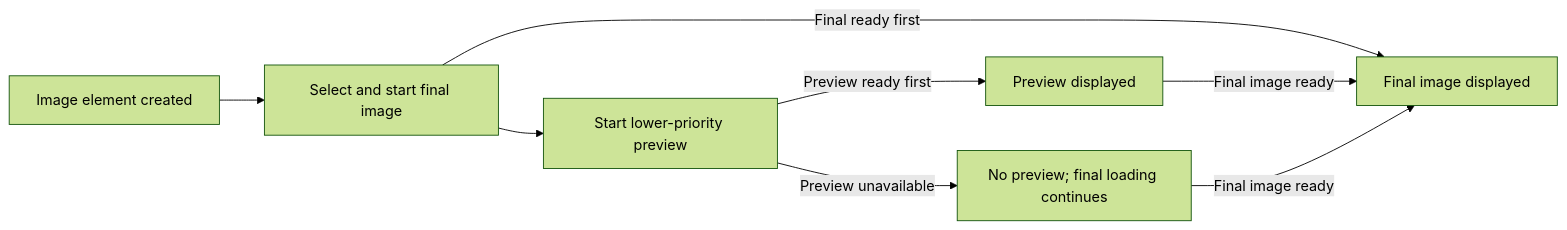
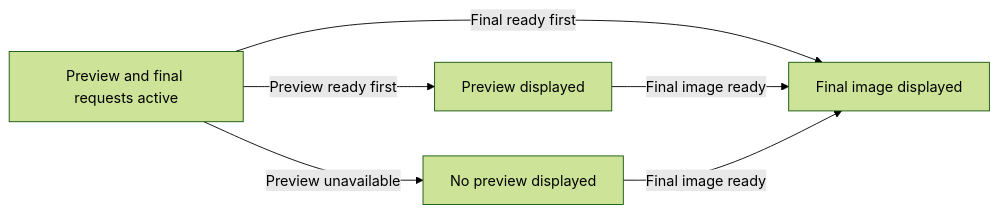
One commit to MicrosoftEdge/MSEdgeExplainers changed the diagram in ImagePreview/explainer.md. Above: the diagram before and after it, drawn with Mermaid (forest theme). The commit also changed other lines of this file, not shown here.

````diff
--- a/ImagePreview/explainer.md
+++ b/ImagePreview/explainer.md
@@ -168,10 +204,8 @@
 ```mermaid
 flowchart LR
-  A[Image element created] --> C[Select and start final image]
-  C --> B[Start lower-priority preview]
-  B -->|Preview ready first| D[Preview displayed]
-  C -->|Final ready first| F[Final image displayed]
+  A[Preview and final requests active] -->|Preview ready first| D[Preview displayed]
+  A -->|Final ready first| F[Final image displayed]
   D -->|Final image ready| F
-  B -->|Preview unavailable| G[No preview; final loading continues]
+  A -->|Preview unavailable| G[No preview displayed]
   G -->|Final image ready| F
 ```
````
